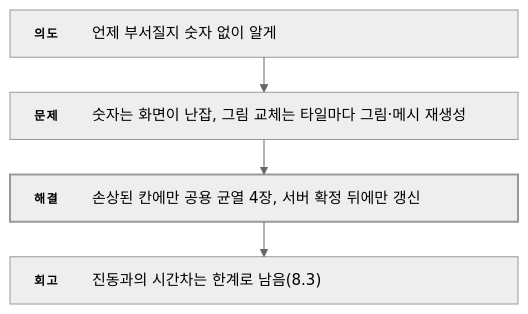
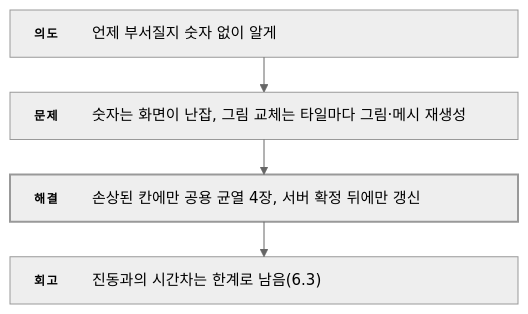
One commit to ashadeveloperr/ashadeveloperr.github.io changed the seventh of 8 diagrams in src/1-folk-sack/기술문서.md. Above: the diagram before and after it, drawn with Mermaid (neutral theme). The commit also changed other lines of this file and 8 other files, not shown here.

````diff
--- a/src/1-folk-sack/기술문서.md
+++ b/src/1-folk-sack/기술문서.md
@@ -217,18 +478,18 @@
 ```mermaid
 ---
 config:
   layout: elk
   flowchart:
     wrappingWidth: 520
     padding: 12
 ---
 flowchart TB
   %% feature-flow — _local/flow-diagrams.py가 만듦
   I["<div style='width:460px;display:flex;gap:14px;align-items:baseline;text-align:left;white-space:normal'><span style='flex:0 0 44px;padding-top:2px;font-size:12px;font-weight:700;letter-spacing:.12em;color:var(--accent-ink)'>의도</span><span style='flex:1;font-size:15px;line-height:1.55;color:var(--ink)'>언제 부서질지 숫자 없이 알게</span></div>"]
   P["<div style='width:460px;display:flex;gap:14px;align-items:baseline;text-align:left;white-space:normal'><span style='flex:0 0 44px;padding-top:2px;font-size:12px;font-weight:700;letter-spacing:.12em;color:var(--accent-ink)'>문제</span><span style='flex:1;font-size:15px;line-height:1.55;color:var(--ink)'>숫자는 화면이 난잡, 그림 교체는 타일마다 그림·메시 재생성</span></div>"]
   S["<div style='width:460px;display:flex;gap:14px;align-items:baseline;text-align:left;white-space:normal'><span style='flex:0 0 44px;padding-top:2px;font-size:12px;font-weight:700;letter-spacing:.12em;color:var(--accent-ink)'>해결</span><span style='flex:1;font-size:15px;line-height:1.55;color:var(--ink)'>손상된 칸에만 공용 균열 4장, 서버 확정 뒤에만 갱신</span></div>"]
-  R["<div style='width:460px;display:flex;gap:14px;align-items:baseline;text-align:left;white-space:normal'><span style='flex:0 0 44px;padding-top:2px;font-size:12px;font-weight:700;letter-spacing:.12em;color:var(--accent-ink)'>회고</span><span style='flex:1;font-size:15px;line-height:1.55;color:var(--ink)'>진동과의 시간차는 한계로 남음(8.3)</span></div>"]
+  R["<div style='width:460px;display:flex;gap:14px;align-items:baseline;text-align:left;white-space:normal'><span style='flex:0 0 44px;padding-top:2px;font-size:12px;font-weight:700;letter-spacing:.12em;color:var(--accent-ink)'>회고</span><span style='flex:1;font-size:15px;line-height:1.55;color:var(--ink)'>진동과의 시간차는 한계로 남음(6.3)</span></div>"]
   I --> P --> S --> R
   classDef key stroke-width:2px
   class S key
 ```
````
